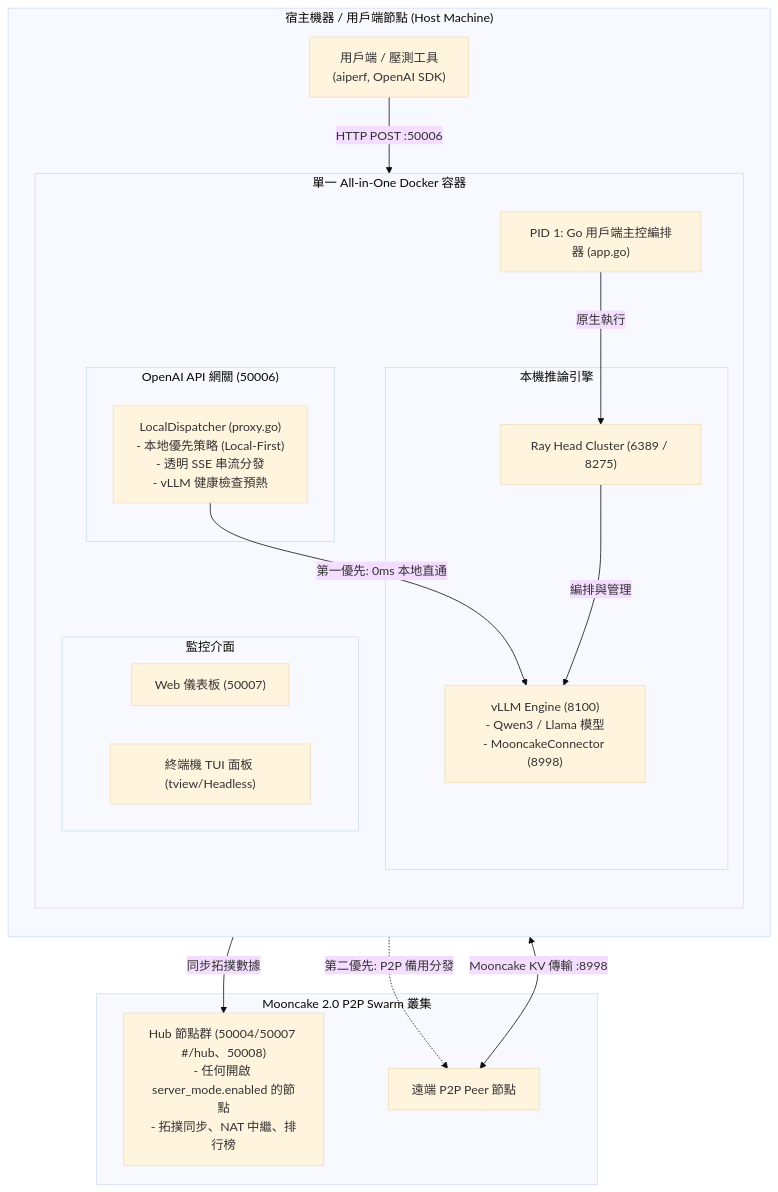
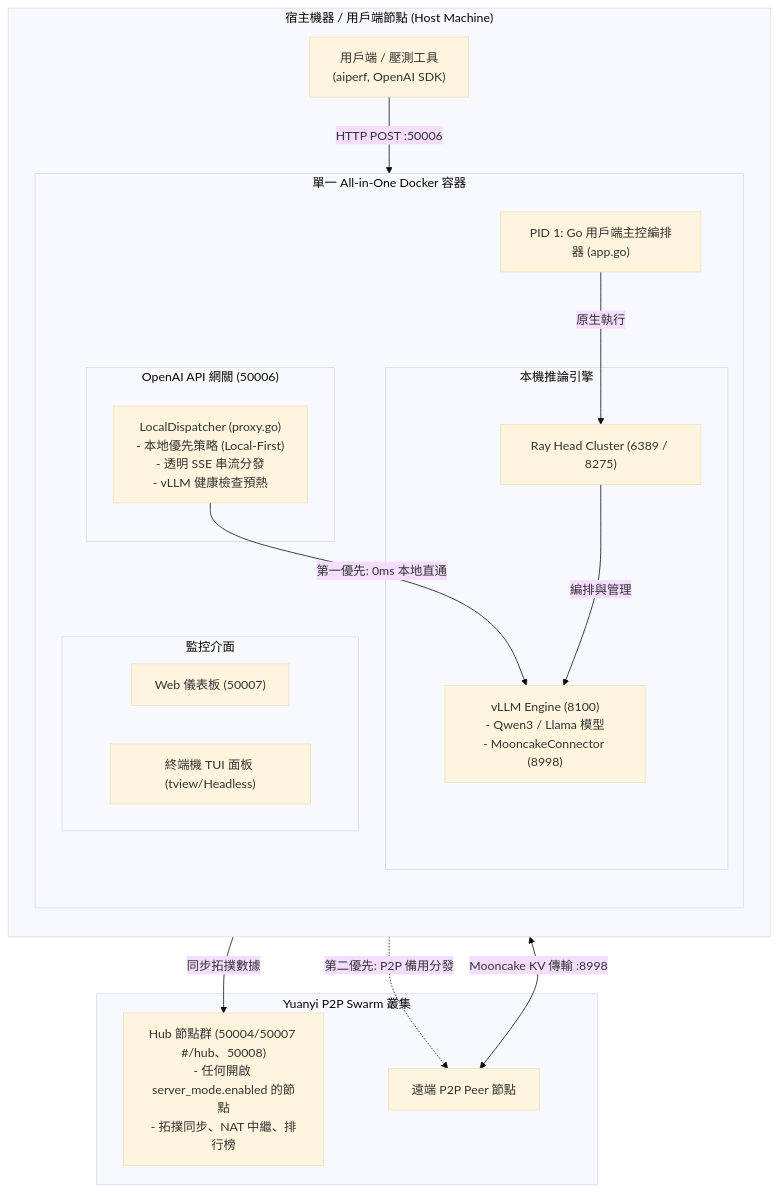
The diagram in README_zh-TW.md (lhu-csie-dclab/yuanyi), drawn with Mermaid (base theme) before and after one commit. The commit also changed other lines of this file and 43 other files, not shown here.

First line of the commit message:
rebrand: rename project branding from Mooncake 2.0 to Yuanyi

````diff
--- a/README_zh-TW.md
+++ b/README_zh-TW.md
@@ -85,39 +85,39 @@
 ```mermaid
 flowchart TB
     subgraph ClientHost["宿主機器 / 用戶端節點 (Host Machine)"]
         direction TB
         APICaller["用戶端 / 壓測工具\n(aiperf, OpenAI SDK)"]
         
         subgraph Container["單一 All-in-One Docker 容器"]
             direction TB
             GoAgent["PID 1: Go 用戶端主控編排器 (app.go)"]
             
             subgraph GatewayLayer["OpenAI API 網關 (50006)"]
                 Dispatcher["LocalDispatcher (proxy.go)\n- 本地優先策略 (Local-First)\n- 透明 SSE 串流分發\n- vLLM 健康檢查預熱"]
             end
             
             subgraph EngineLayer["本機推論引擎"]
                 RayHead["Ray Head Cluster (6389 / 8275)"]
                 VLLM["vLLM Engine (8100)\n- Qwen3 / Llama 模型\n- MooncakeConnector (8998)"]
             end
             
             subgraph Dashboards["監控介面"]
                 WebUI["Web 儀表板 (50007)"]
                 TUI["終端機 TUI 面板 (tview/Headless)"]
             end
         end
     end
     
-    subgraph Swarm["Mooncake 2.0 P2P Swarm 叢集"]
+    subgraph Swarm["Yuanyi P2P Swarm 叢集"]
         HubNode["Hub 節點群 (50004/50007 #/hub、50008)\n- 任何開啟 server_mode.enabled 的節點\n- 拓撲同步、NAT 中繼、排行榜"]
         RemotePeer["遠端 P2P Peer 節點"]
     end
     
     APICaller -->|HTTP POST :50006| Dispatcher
     Dispatcher -->|第一優先: 0ms 本地直通| VLLM
     Dispatcher -.->|第二優先: P2P 備用分發| RemotePeer
     GoAgent -->|原生執行| RayHead
     RayHead -->|編排與管理| VLLM
     GoAgent -->|同步拓撲數據| HubNode
     VLLM <-->|Mooncake KV 傳輸 :8998| RemotePeer
 ```
````
